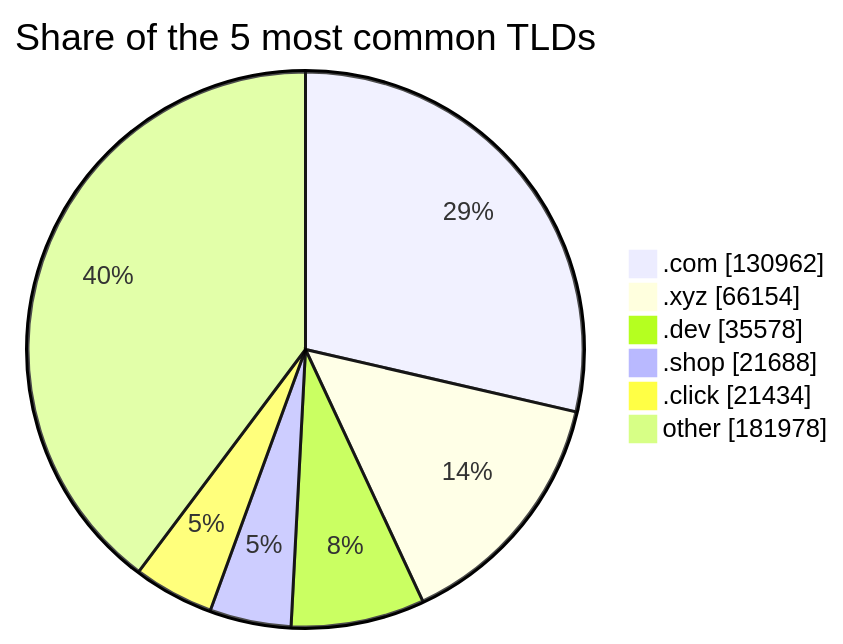
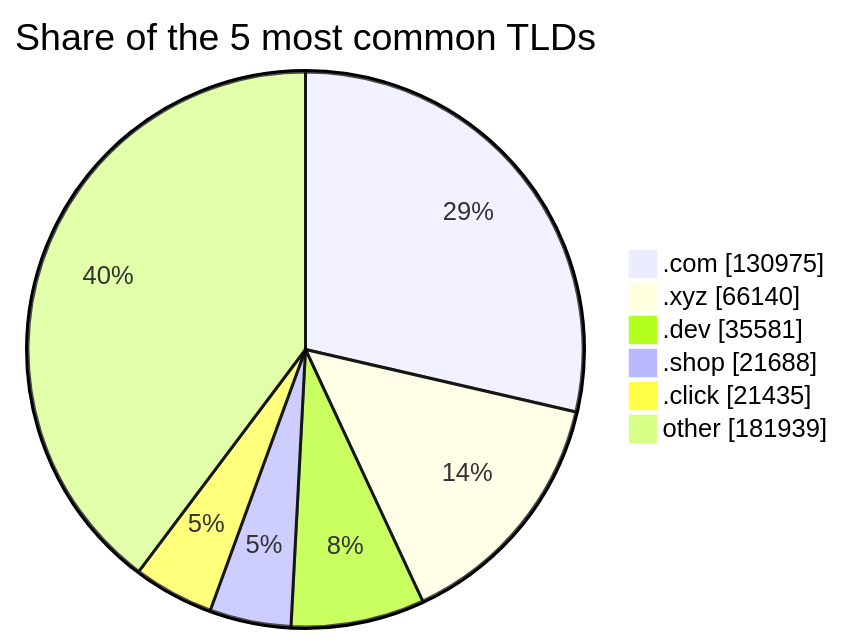
One commit to DNSBunker/CTI changed the third of 3 diagrams in README.md. Above: the diagram before and after it, drawn with Mermaid. The commit also changed other lines of this file and 3 other files, not shown here.

````diff
--- a/README.md
+++ b/README.md
@@ -81,9 +81,9 @@
 ```mermaid
 pie showData title Share of the 5 most common TLDs
-    ".com" : 130962
-    ".xyz" : 66154
-    ".dev" : 35578
+    ".com" : 130975
+    ".xyz" : 66140
+    ".dev" : 35581
     ".shop" : 21688
-    ".click" : 21434
-    "other" : 181978
+    ".click" : 21435
+    "other" : 181939
 ```
````
